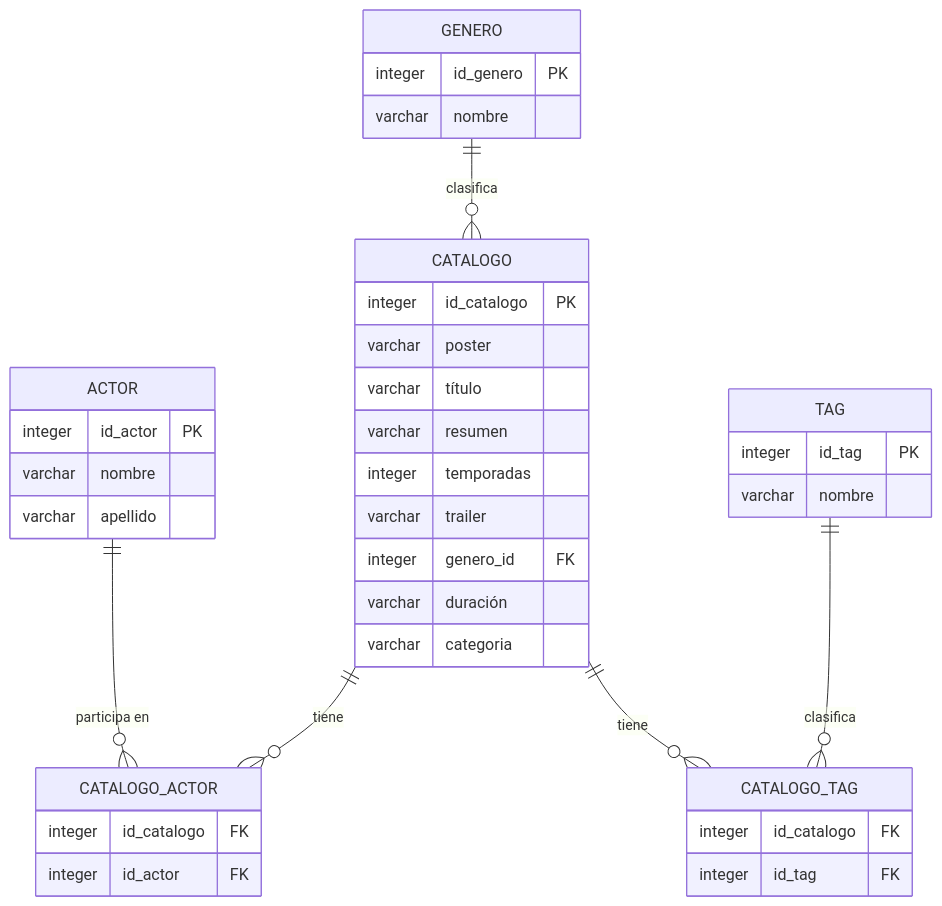
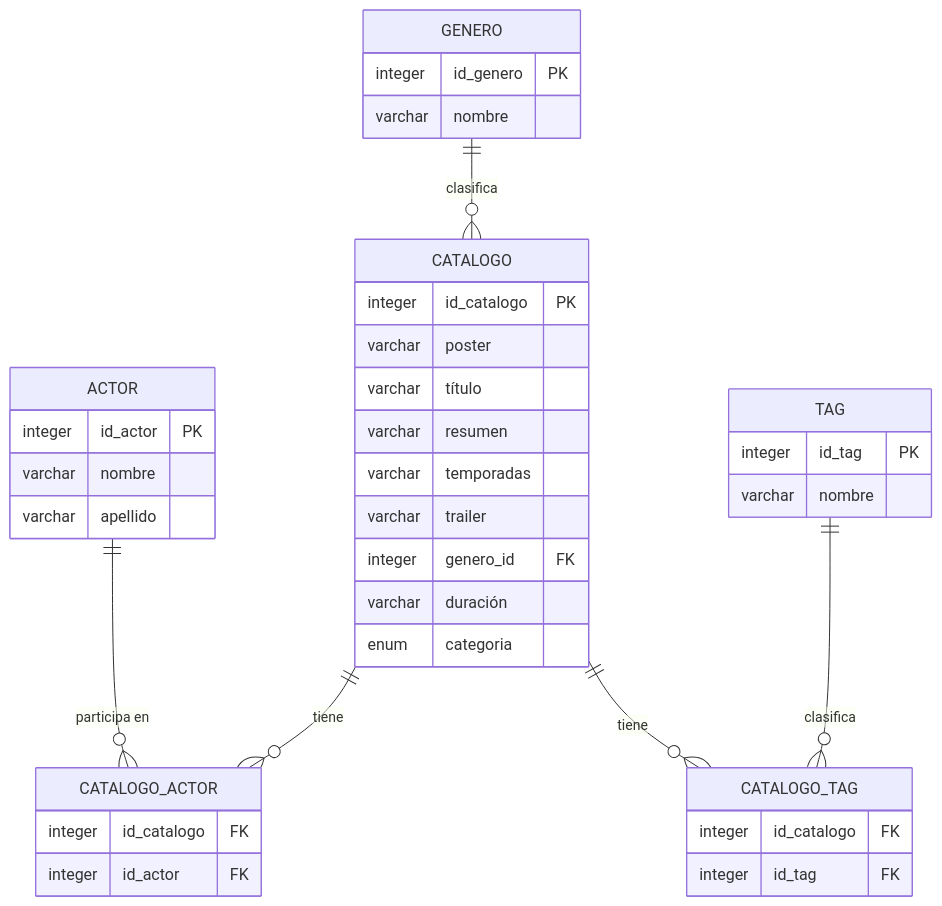
Before and after one commit to agusrnfr/api-trailerflix: the diagram in README.md, drawn with Mermaid.

Commit message:
gráfico mermaid db

````diff
--- a/README.md
+++ b/README.md
@@ -170,46 +170,46 @@
 ```mermaid
 erDiagram
     CATALOGO ||--o{ CATALOGO_ACTOR : "tiene"
     CATALOGO {
         integer id_catalogo PK
         varchar poster
         varchar título
         varchar resumen
-        integer temporadas
+        varchar temporadas
         varchar trailer
         integer genero_id FK
         varchar duración
-        varchar categoria
+        enum categoria
     }
     
     GENERO ||--o{ CATALOGO : "clasifica"
     GENERO {
         integer id_genero PK
         varchar nombre
     }
     
     ACTOR ||--o{ CATALOGO_ACTOR : "participa en"
     ACTOR {
         integer id_actor PK
         varchar nombre
         varchar apellido
     }
     
     TAG ||--o{ CATALOGO_TAG : "clasifica"
     TAG {
         integer id_tag PK
         varchar nombre
     }
     
     CATALOGO ||--o{ CATALOGO_TAG : "tiene"
     
     CATALOGO_ACTOR {
         integer id_catalogo FK
         integer id_actor FK
     }
     
     CATALOGO_TAG {
         integer id_catalogo FK
         integer id_tag FK
     }
 ```
````
